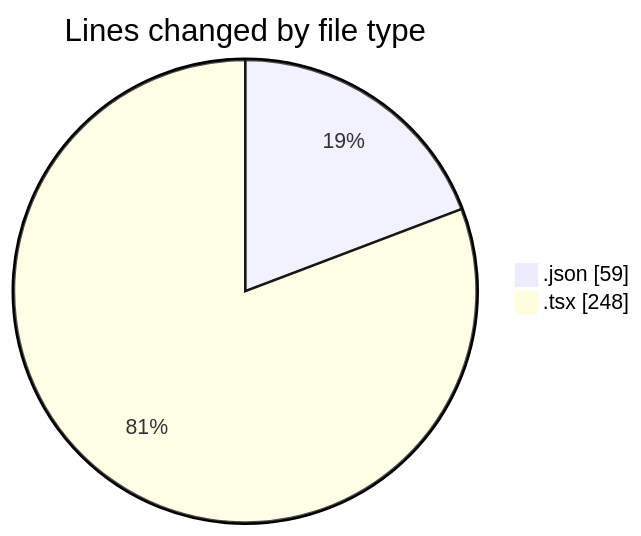
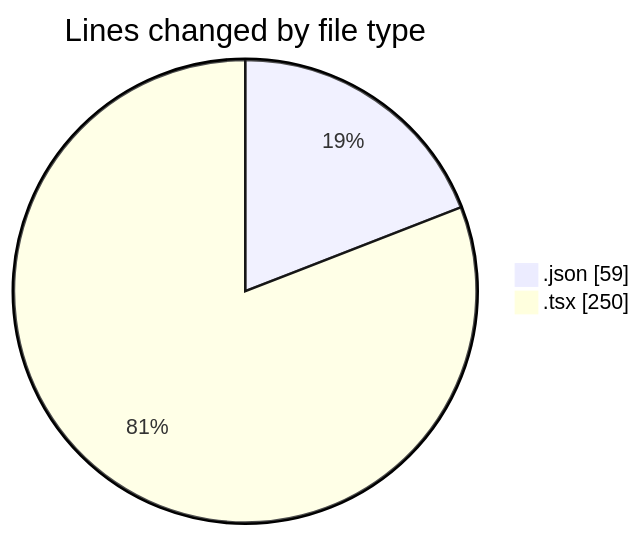
One commit to momahboobian/code-tracking changed the first of 2 diagrams in 2025-11-19/cda/README.md. Above: the diagram before and after it, drawn with Mermaid. The commit also changed other lines of this file and 1 other file, not shown here.

````diff
--- a/2025-11-19/cda/README.md
+++ b/2025-11-19/cda/README.md
@@ -21,6 +21,6 @@
 ```mermaid
 pie showData
 title Lines changed by file type
 ".json" : 59
-".tsx" : 248
+".tsx" : 250
 ```
````
